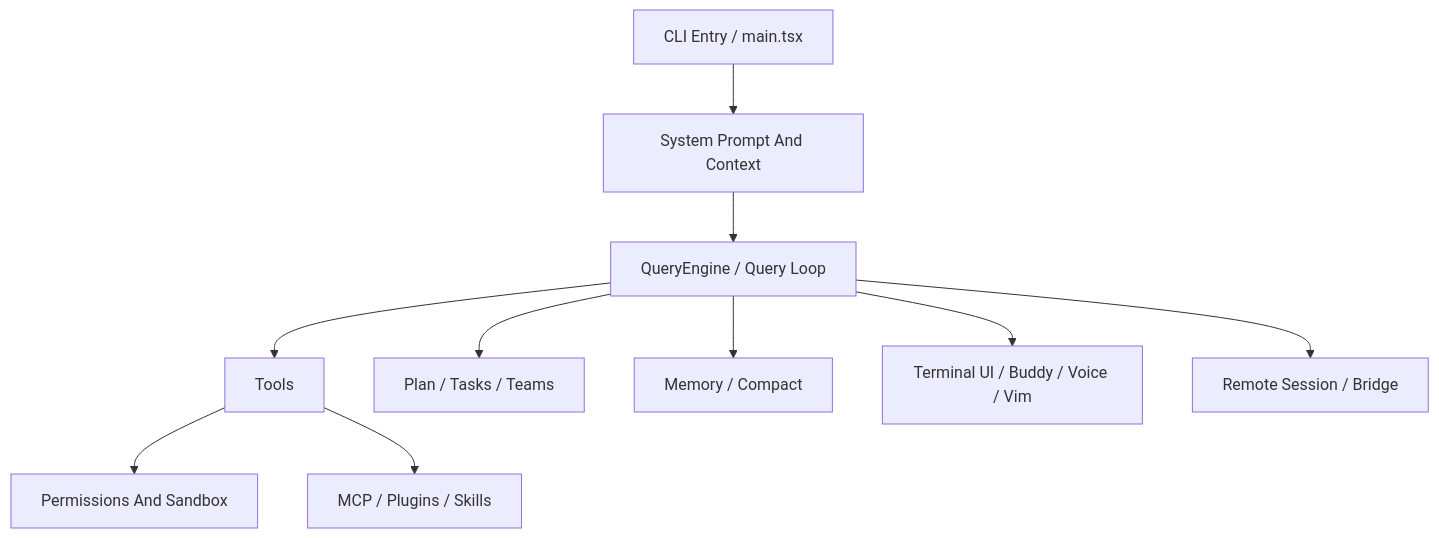
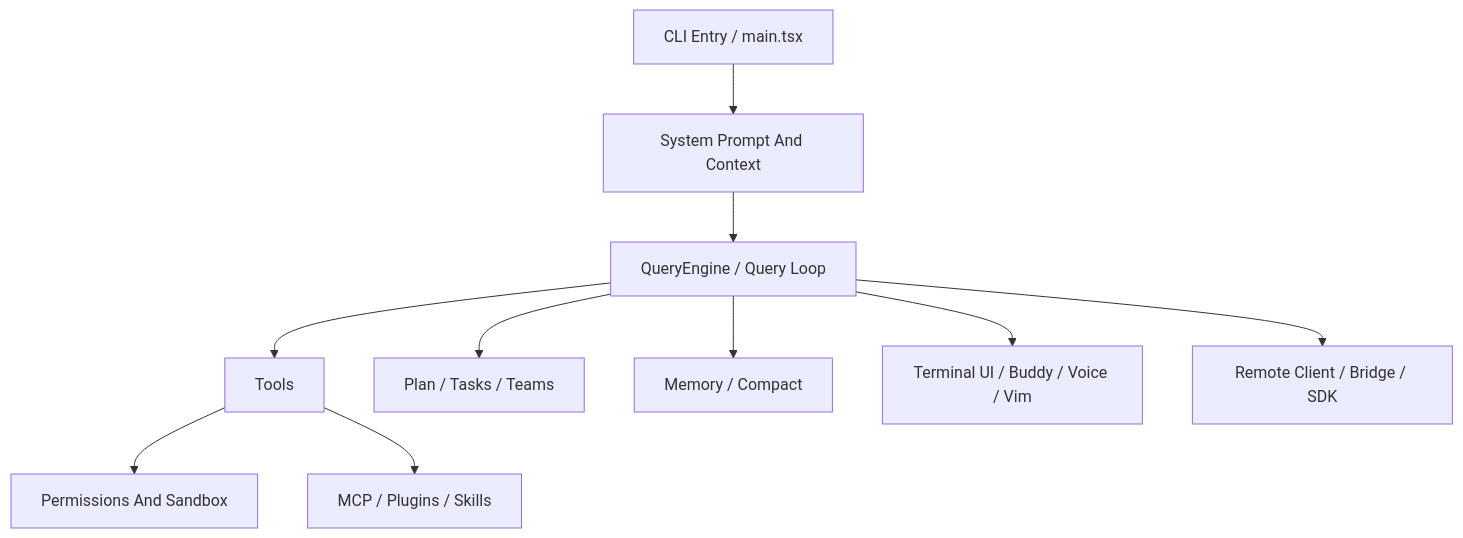
Before and after one commit to Boulea7/ClaudeCode-Source-DeepDive: the diagram in README.md, drawn with Mermaid. The commit also changed other lines of this file and 3 other files, not shown here.

Commit message:
docs: polish final wording mermaid consistency and navigation

````diff
--- a/README.md
+++ b/README.md
@@ -64,12 +64,12 @@
 ```mermaid
 flowchart TD
     A[CLI Entry / main.tsx] --> B[System Prompt And Context]
     B --> C[QueryEngine / Query Loop]
     C --> D[Tools]
     D --> E[Permissions And Sandbox]
     C --> F[Plan / Tasks / Teams]
     C --> G[Memory / Compact]
     D --> H[MCP / Plugins / Skills]
     C --> I[Terminal UI / Buddy / Voice / Vim]
-    C --> J[Remote Session / Bridge]
+    C --> J[Remote Client / Bridge / SDK]
 ```
````
